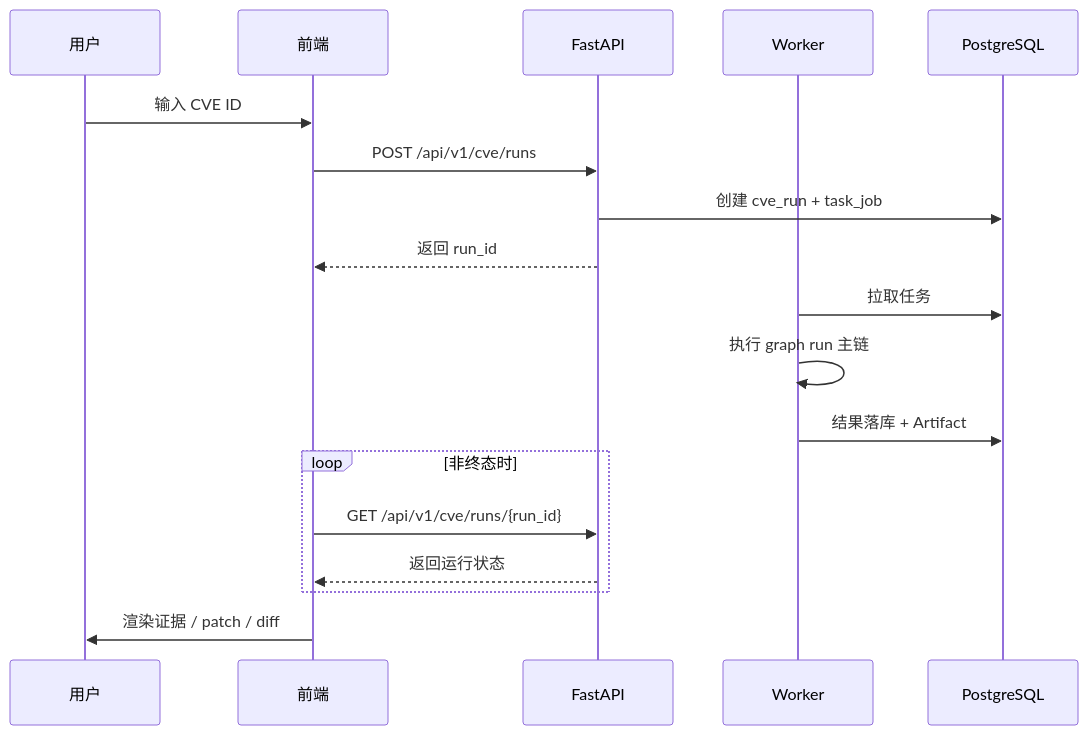
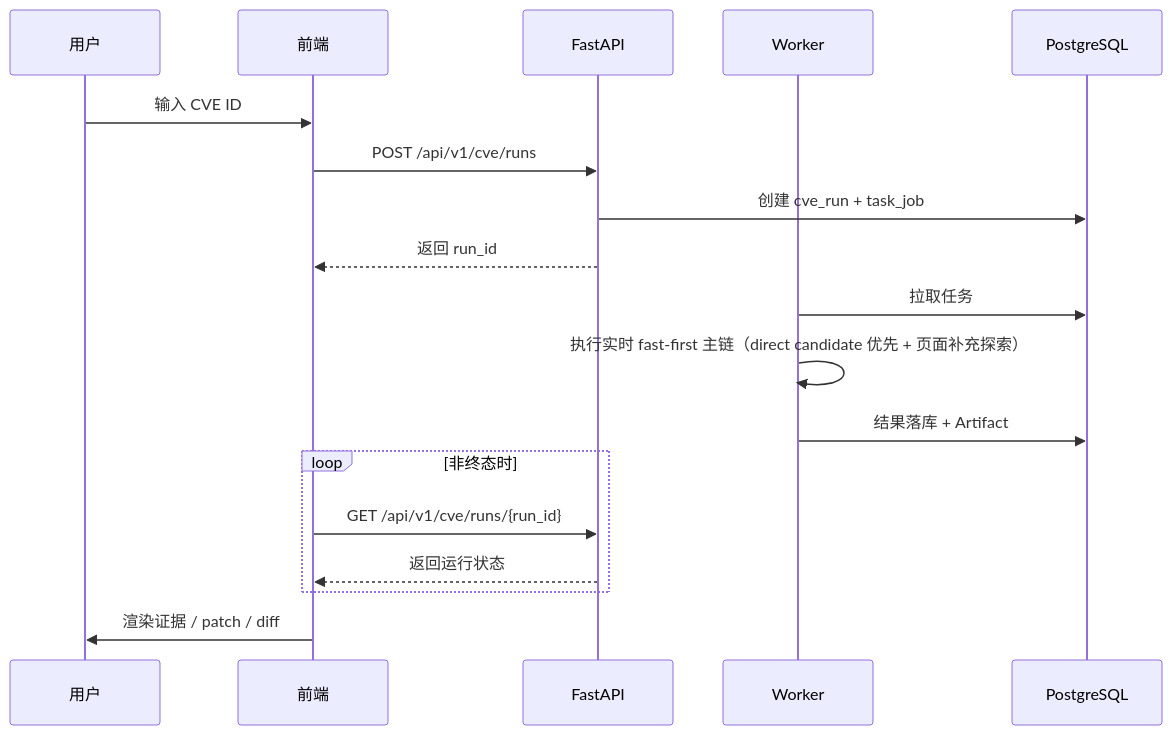
The second of 4 diagrams in docs/03-系统架构/架构设计.md (coeoo/AetherFlow), drawn with Mermaid before and after one commit. The commit also changed other lines of this file and 35 other files, not shown here.

````diff
--- a/docs/03-系统架构/架构设计.md
+++ b/docs/03-系统架构/架构设计.md
@@ -163,21 +163,21 @@
 ```mermaid
 sequenceDiagram
     participant U as 用户
     participant FE as 前端
     participant API as FastAPI
     participant W as Worker
     participant DB as PostgreSQL
 
     U->>FE: 输入 CVE ID
     FE->>API: POST /api/v1/cve/runs
     API->>DB: 创建 cve_run + task_job
     API-->>FE: 返回 run_id
     W->>DB: 拉取任务
-    W->>W: 执行 graph run 主链
+    W->>W: 执行实时 fast-first 主链（direct candidate 优先 + 页面补充探索）
     W->>DB: 结果落库 + Artifact
     loop 非终态时
         FE->>API: GET /api/v1/cve/runs/{run_id}
         API-->>FE: 返回运行状态
     end
     FE->>U: 渲染证据 / patch / diff
 ```
````
